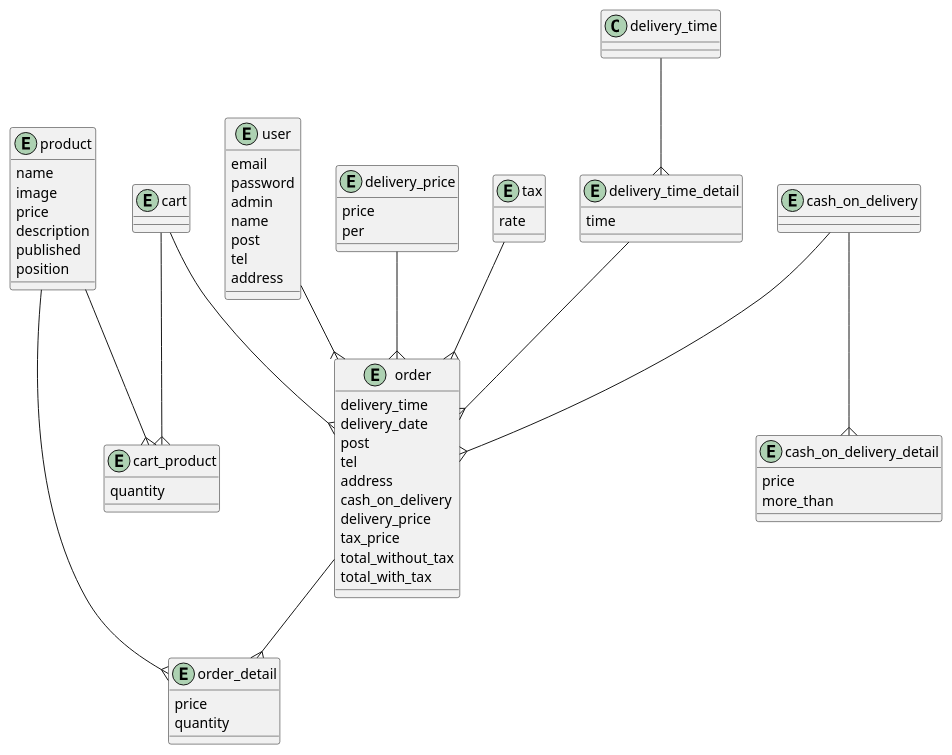
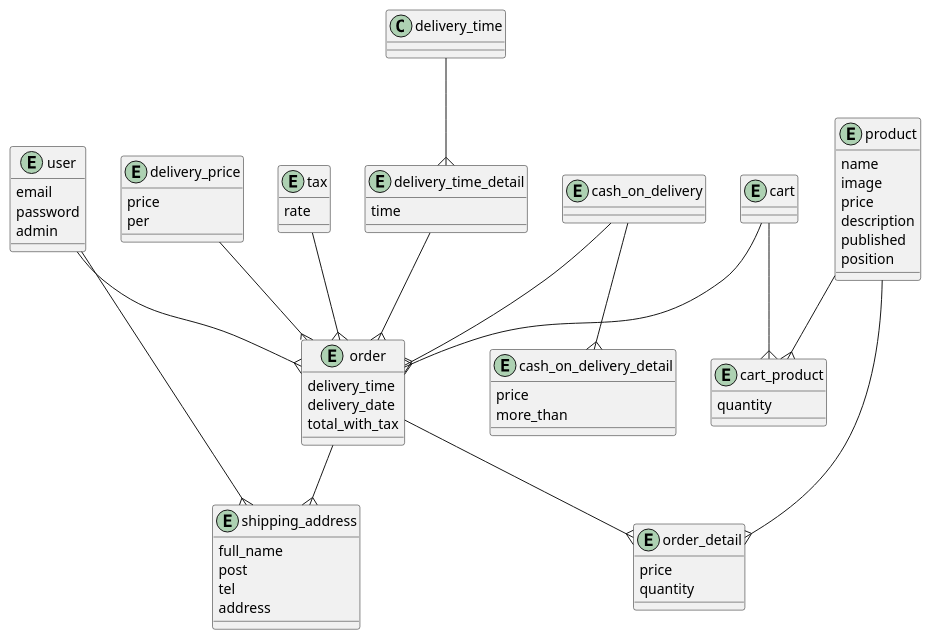
Before and after one commit to kenchiki/rails-example-ec2: the diagram in er.puml, drawn with PlantUML. The commit also changed 60 other files, not shown here.

```diff
--- a/er.puml
+++ b/er.puml
@@ -1,81 +1,79 @@
 @startuml
 
 entity "user" {
   email
   password
   admin
-  name
-  post
-  tel
-  address
 }
 
 entity "cash_on_delivery_detail" {
   price
   more_than
 }
 
 entity "cash_on_delivery" {
 }
 
 entity "delivery_price" {
   price
   per
 }
 
 entity "tax" {
   rate
 }
 
 entity "cart" {
 }
 
 entity "cart_product" {
   quantity
 }
 
 entity "order" {
   delivery_time
   delivery_date
-  post
-  tel
-  address
-  cash_on_delivery
-  delivery_price
-  tax_price
-  total_without_tax
   total_with_tax
 }
 
 entity "order_detail" {
   price
   quantity
 }
 
 entity "delivery_time_detail" {
   time
 }
 
 entity "product" {
   name
   image
   price
   description
   published
   position
 }
 
+entity "shipping_address" {
+  full_name
+  post
+  tel
+  address
+}
+
 cash_on_delivery--{cash_on_delivery_detail
 tax--{order
 cart--{cart_product
 delivery_price--{order
 product--{cart_product
 cash_on_delivery--{order
 user--{order
 order--{order_detail
 delivery_time_detail--{order
 delivery_time--{delivery_time_detail
 product--{order_detail
 cart--{order
+user--{shipping_address
+order--{shipping_address
 
 @enduml
```
